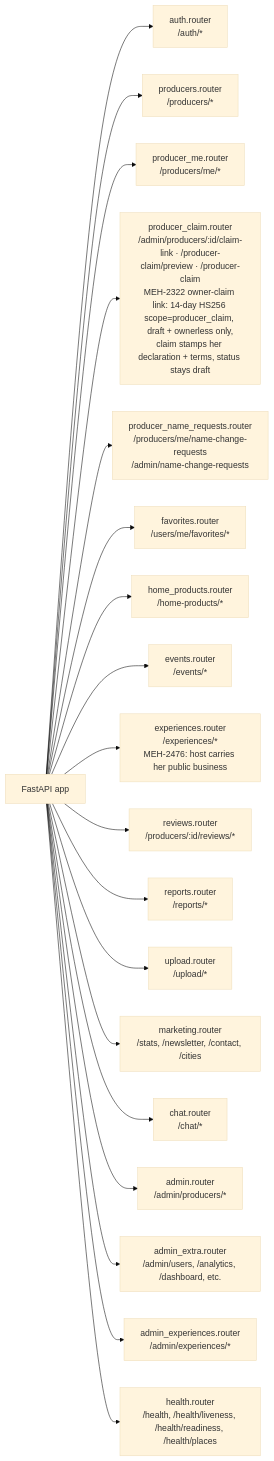
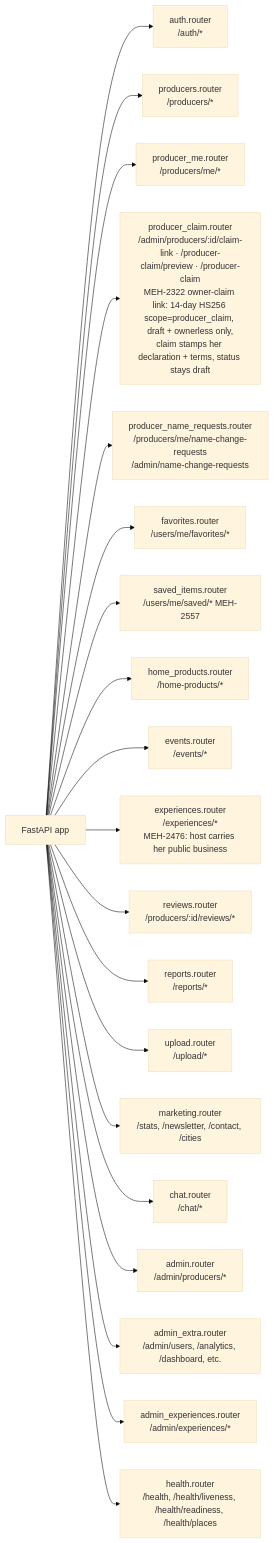
The first of 7 diagrams in .ai/diagrams/api-routes.md (levismadar80-ship-it/FoodMamkor), drawn with Mermaid (base theme) before and after one commit. The commit also changed other lines of this file and 1 other file, not shown here.

First line of the commit message:
docs: saved items API in DATA.md and the routes diagram (MEH-2557)

````diff
--- a/.ai/diagrams/api-routes.md
+++ b/.ai/diagrams/api-routes.md
@@ -18,21 +18,22 @@
 ```mermaid
 graph LR
     App[FastAPI app] --> Auth[auth.router<br/>/auth/*]
     App --> Producers[producers.router<br/>/producers/*]
     App --> ProducerMe[producer_me.router<br/>/producers/me/*]
     App --> ProducerClaim[producer_claim.router<br/>/admin/producers/:id/claim-link · /producer-claim/preview · /producer-claim<br/>MEH-2322 owner-claim link: 14-day HS256 scope=producer_claim, draft + ownerless only,<br/>claim stamps her declaration + terms, status stays draft]
     App --> NameRequests[producer_name_requests.router<br/>/producers/me/name-change-requests<br/>/admin/name-change-requests]
     App --> Favorites[favorites.router<br/>/users/me/favorites/*]
+    App --> Saved[saved_items.router<br/>/users/me/saved/* MEH-2557]
     App --> HomeProducts[home_products.router<br/>/home-products/*]
     App --> Events[events.router<br/>/events/*]
     App --> Experiences[experiences.router<br/>/experiences/*<br/>MEH-2476: host carries her public business]
     App --> Reviews[reviews.router<br/>/producers/:id/reviews/*]
     App --> Reports[reports.router<br/>/reports/*]
     App --> Upload[upload.router<br/>/upload/*]
     App --> Marketing[marketing.router<br/>/stats, /newsletter, /contact, /cities]
     App --> Chat[chat.router<br/>/chat/*]
     App --> Admin[admin.router<br/>/admin/producers/*]
     App --> AdminExtra[admin_extra.router<br/>/admin/users, /analytics, /dashboard, etc.]
     App --> AdminExperiences[admin_experiences.router<br/>/admin/experiences/*]
     App --> Health[health.router<br/>/health, /health/liveness, /health/readiness, /health/places]
 ```
````
